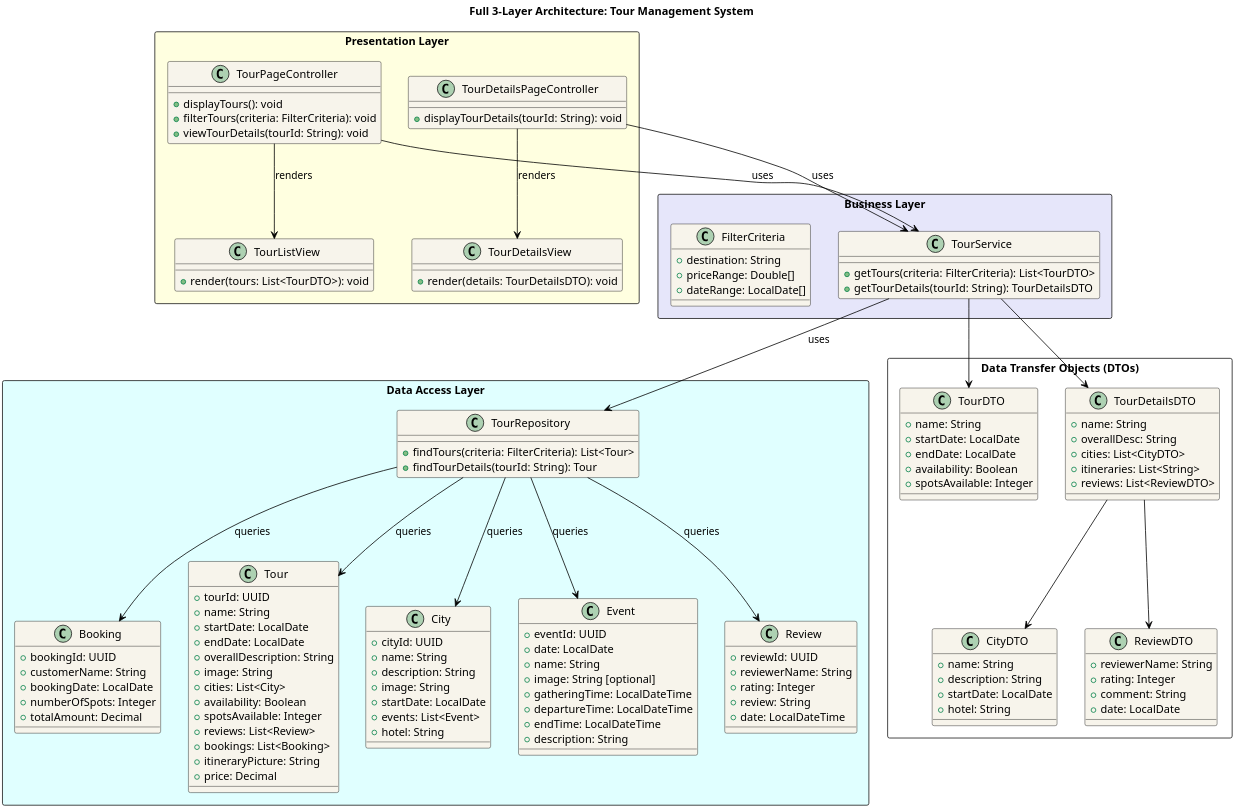
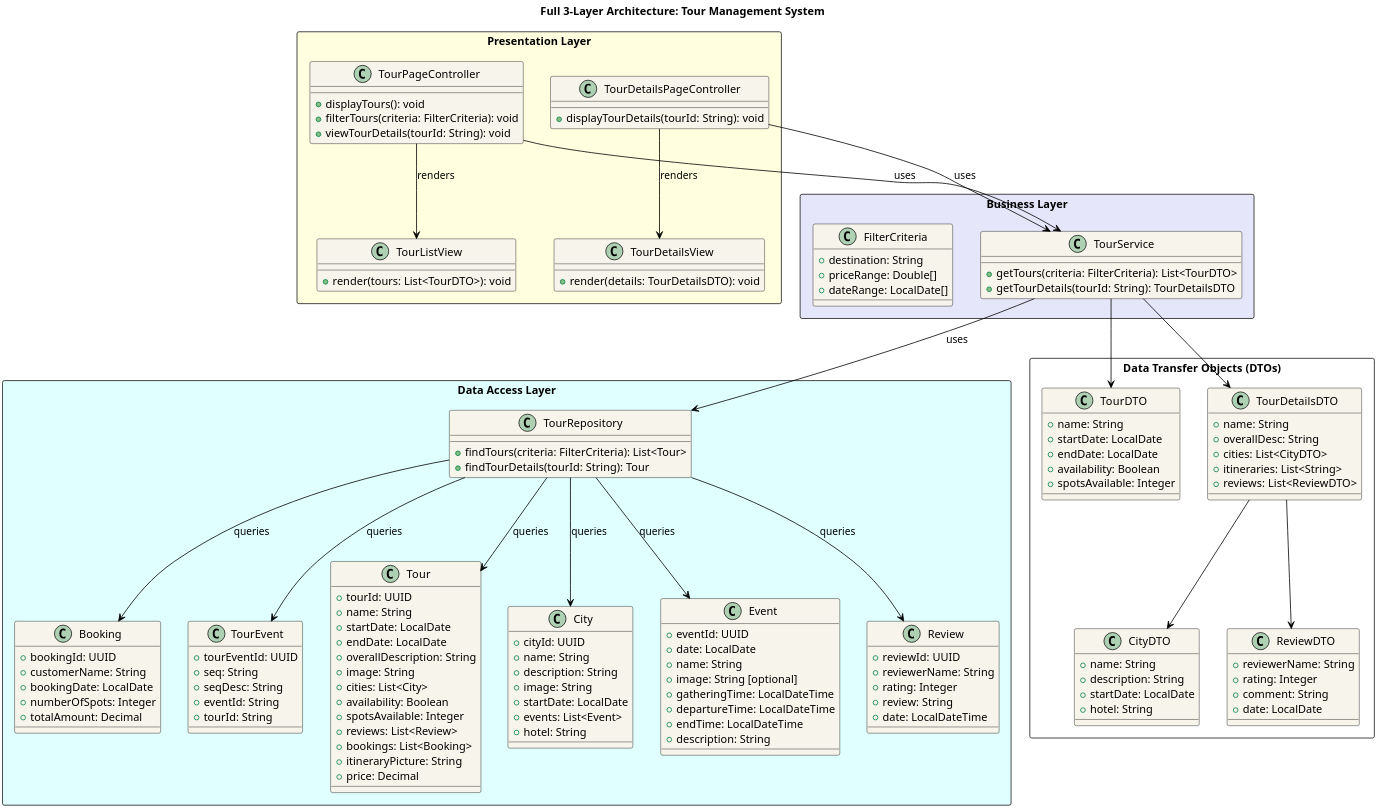
Before and after one commit to Hares-2088/TravelTrove: the diagram in diagrams/Design_Level_Class_Diagrams/ViewTourPackages.puml, drawn with PlantUML. The commit also changed 4 other files, not shown here.

Commit message:
Modifies the diagrams for the sprint1

```diff
--- a/diagrams/Design_Level_Class_Diagrams/ViewTourPackages.puml
+++ b/diagrams/Design_Level_Class_Diagrams/ViewTourPackages.puml
@@ -1,158 +1,167 @@
 @startuml
 skinparam class {
     BackgroundColor #f7f4eb
     BorderColor Black
     ArrowColor Black
 }
 skinparam dpi 300
 
 title Full 3-Layer Architecture: Tour Management System
 
 ' Presentation Layer
 package "Presentation Layer" <<Rectangle>> #LightYellow {
     class TourPageController {
         + displayTours(): void
         + filterTours(criteria: FilterCriteria): void
         + viewTourDetails(tourId: String): void
     }
 
     class TourDetailsPageController {
         + displayTourDetails(tourId: String): void
     }
 
     class TourListView {
         + render(tours: List<TourDTO>): void
     }
 
     class TourDetailsView {
         + render(details: TourDetailsDTO): void
     }
 
     TourPageController --> TourListView : "renders"
     TourDetailsPageController --> TourDetailsView : "renders"
 }
 
 ' Business Layer
 package "Business Layer" <<Rectangle>> #Lavender {
     class TourService {
         + getTours(criteria: FilterCriteria): List<TourDTO>
         + getTourDetails(tourId: String): TourDetailsDTO
     }
 
     class FilterCriteria {
         + destination: String
         + priceRange: Double[]
         + dateRange: LocalDate[]
     }
 
     TourPageController --> TourService : "uses"
     TourDetailsPageController --> TourService : "uses"
 }
 
 ' Data Access Layer
 package "Data Access Layer" <<Rectangle>> #LightCyan {
     class Tour {
         + tourId: UUID
         + name: String
         + startDate: LocalDate
         + endDate: LocalDate
         + overallDescription: String
         + image: String
         + cities: List<City>
         + availability: Boolean
         + spotsAvailable: Integer
         + reviews: List<Review>
         + bookings: List<Booking>
         + itineraryPicture: String
         + price: Decimal
     }
 
     class City {
         + cityId: UUID
         + name: String
         + description: String
         + image: String
         + startDate: LocalDate
         + events: List<Event>
         + hotel: String
     }
 
     class Event {
         + eventId: UUID
         + date: LocalDate
         + name: String
         + image: String [optional]
         + gatheringTime: LocalDateTime
         + departureTime: LocalDateTime
         + endTime: LocalDateTime
         + description: String
     }
 
     class Review {
         + reviewId: UUID
         + reviewerName: String
         + rating: Integer
         + review: String
         + date: LocalDateTime
     }
 
     class Booking {
         + bookingId: UUID
         + customerName: String
         + bookingDate: LocalDate
         + numberOfSpots: Integer
         + totalAmount: Decimal
     }
 
+    class TourEvent {
+            + tourEventId: UUID
+            + seq: String
+            + seqDesc: String
+            + eventId: String
+            + tourId: String
+        }
+
     class TourRepository {
         + findTours(criteria: FilterCriteria): List<Tour>
         + findTourDetails(tourId: String): Tour
     }
 
     TourService --> TourRepository : "uses"
     TourRepository --> Tour : "queries"
     TourRepository --> City : "queries"
     TourRepository --> Event : "queries"
     TourRepository --> Review : "queries"
     TourRepository --> Booking : "queries"
+    TourRepository --> TourEvent : "queries"
 }
 
 ' Data Transfer Objects
 package "Data Transfer Objects (DTOs)" <<Rectangle>> #White {
     class TourDTO {
         + name: String
         + startDate: LocalDate
         + endDate: LocalDate
         + availability: Boolean
         + spotsAvailable: Integer
     }
 
     class TourDetailsDTO {
         + name: String
         + overallDesc: String
         + cities: List<CityDTO>
         + itineraries: List<String>
         + reviews: List<ReviewDTO>
     }
 
     class CityDTO {
         + name: String
         + description: String
         + startDate: LocalDate
         + hotel: String
     }
 
     class ReviewDTO {
         + reviewerName: String
         + rating: Integer
         + comment: String
         + date: LocalDate
     }
 
     TourService --> TourDTO
     TourService --> TourDetailsDTO
     TourDetailsDTO --> CityDTO
     TourDetailsDTO --> ReviewDTO
 }
 
 @enduml
```
